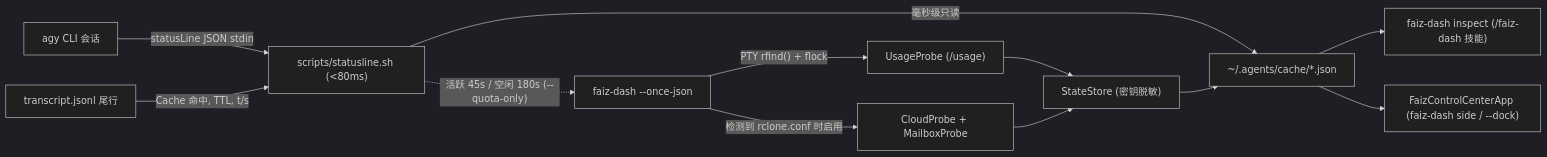
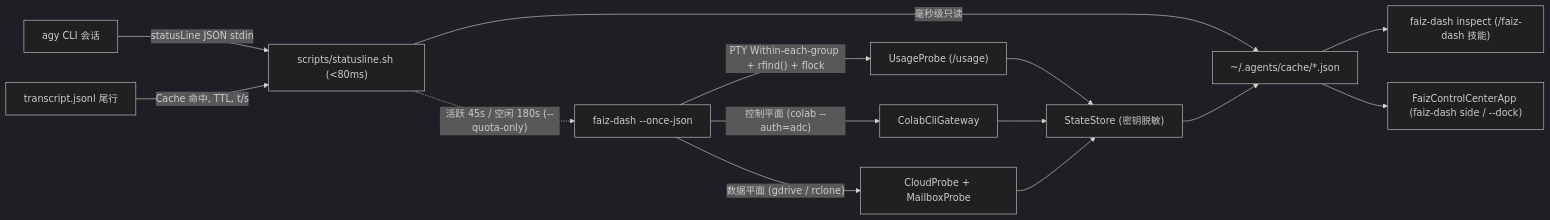
Before and after one commit to Jamie-z-Jianmin/faiz-control-center: the diagram in README.zh-CN.md, drawn with Mermaid (dark theme). The commit also changed other lines of this file and 3 other files, not shown here.

````diff
--- a/README.zh-CN.md
+++ b/README.zh-CN.md
@@ -38,14 +38,16 @@
 ```mermaid
 flowchart LR
     Agy["agy CLI 会话"] -->|"statusLine JSON stdin"| SL["scripts/statusline.sh (<80ms)"]
     Transcript["transcript.jsonl 尾行"] -->|"Cache 命中, TTL, t/s"| SL
     SL -->|"毫秒级只读"| Cache["~/.agents/cache/*.json"]
     SL -.->|"活跃 45s / 空闲 180s (--quota-only)"| Daemon["faiz-dash --once-json"]
-    Daemon -->|"PTY rfind() + flock"| Usage["UsageProbe (/usage)"]
-    Daemon -->|"检测到 rclone.conf 时启用"| Cloud["CloudProbe + MailboxProbe"]
+    Daemon -->|"PTY Within-each-group + rfind() + flock"| Usage["UsageProbe (/usage)"]
+    Daemon -->|"控制平面 (colab --auth=adc)"| Colab["ColabCliGateway"]
+    Daemon -->|"数据平面 (gdrive / rclone)"| Cloud["CloudProbe + MailboxProbe"]
     Usage --> Store["StateStore (密钥脱敏)"]
+    Colab --> Store
     Cloud --> Store
     Store --> Cache
     Cache --> Inspect["faiz-dash inspect (/faiz-dash 技能)"]
     Cache --> TUI["FaizControlCenterApp (faiz-dash side / --dock)"]
 ```
````
